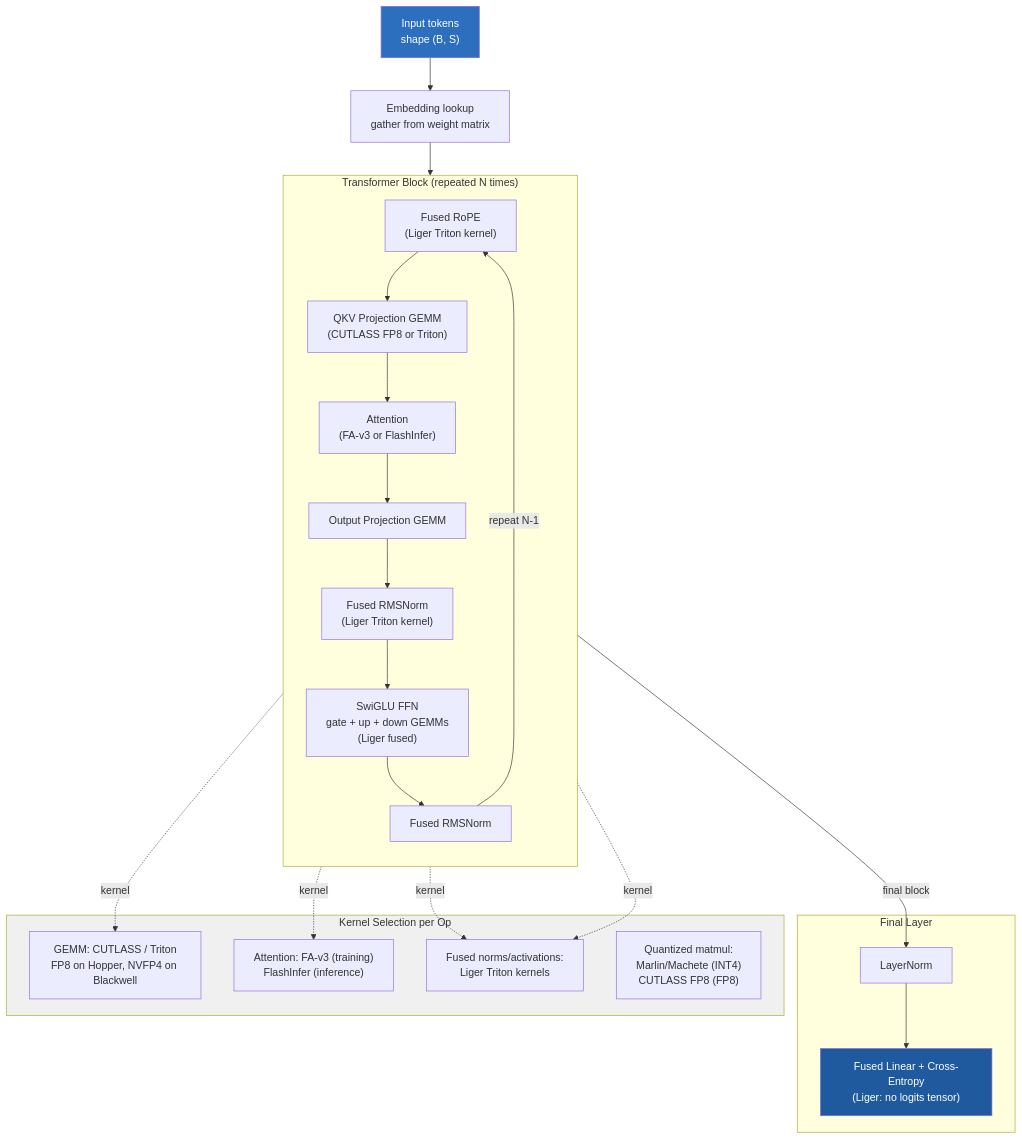
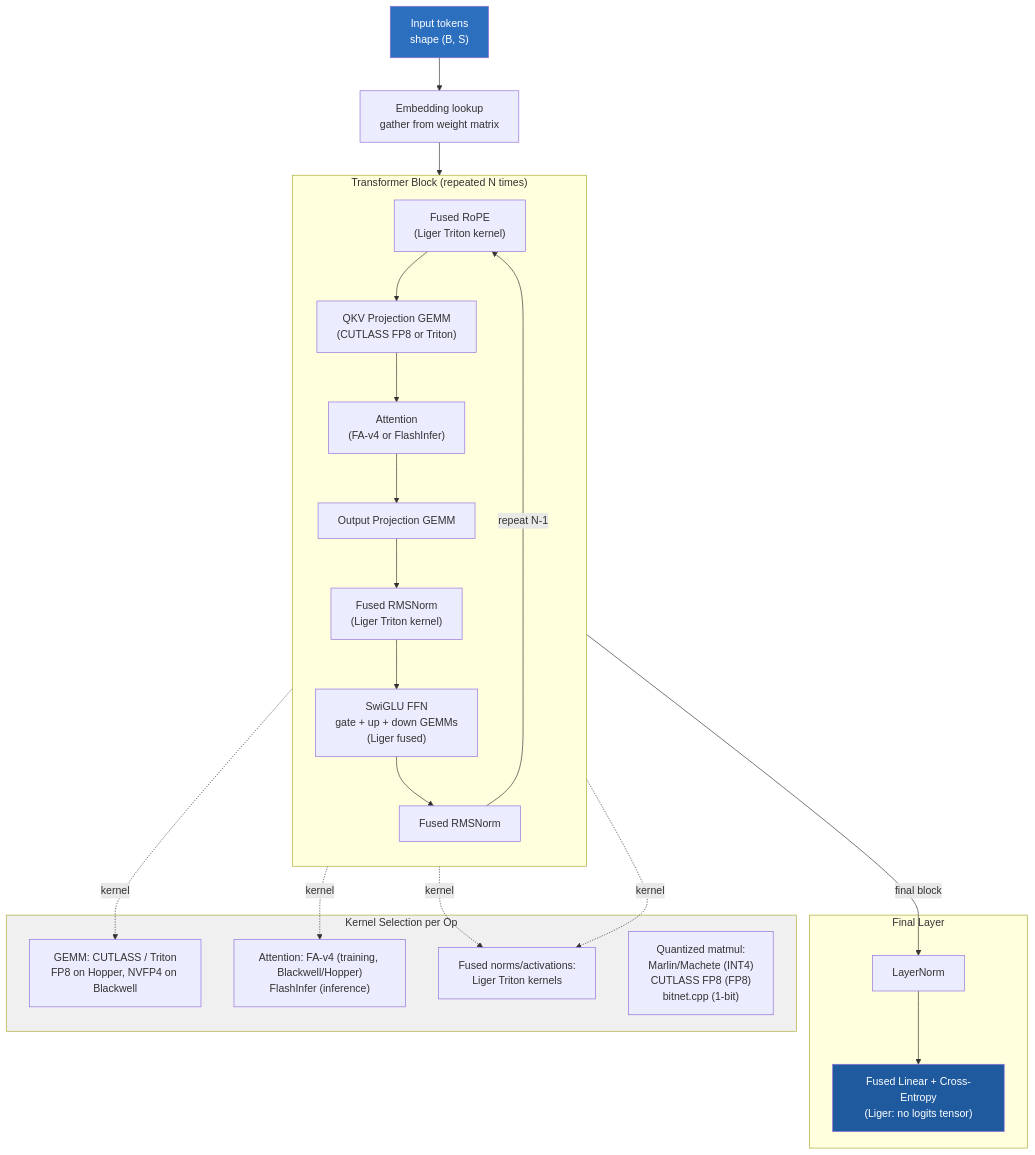
One commit to Wty2003328/ai_infra_intro changed the eighth of 8 diagrams in ai_infra/L5_Kernels_and_Programming/Cutting_Edge_Kernels.md. Above: the diagram before and after it, drawn with Mermaid. The commit also changed other lines of this file and 62 other files, not shown here.

````diff
--- a/ai_infra/L5_Kernels_and_Programming/Cutting_Edge_Kernels.md
+++ b/ai_infra/L5_Kernels_and_Programming/Cutting_Edge_Kernels.md
@@ -715,41 +1013,41 @@
 ```mermaid
 flowchart TD
     INPUT["Input tokens<br/>shape (B, S)"]
     EMBD["Embedding lookup<br/>gather from weight matrix"]
 
     subgraph TRANSFORMER_BLOCK["Transformer Block (repeated N times)"]
         direction TB
         ROPE["Fused RoPE<br/>(Liger Triton kernel)"]
         QKV["QKV Projection GEMM<br/>(CUTLASS FP8 or Triton)"]
-        ATTN["Attention<br/>(FA-v3 or FlashInfer)"]
+        ATTN["Attention<br/>(FA-v4 or FlashInfer)"]
         PROJ["Output Projection GEMM"]
         RMS1["Fused RMSNorm<br/>(Liger Triton kernel)"]
         FFN_GLU["SwiGLU FFN<br/>gate + up + down GEMMs<br/>(Liger fused)"]
         RMS2["Fused RMSNorm"]
     end
 
     subgraph FINAL["Final Layer"]
         LNORM["LayerNorm"]
         LCE["Fused Linear + Cross-Entropy<br/>(Liger: no logits tensor)"]
     end
 
     INPUT --> EMBD --> ROPE --> QKV --> ATTN --> PROJ --> RMS1 --> FFN_GLU --> RMS2
     RMS2 -->|repeat N-1| ROPE
     RMS2 -->|final block| LNORM --> LCE
 
     subgraph KERNEL_MAPPING["Kernel Selection per Op"]
         GEMM_SEL["GEMM: CUTLASS / Triton<br/>FP8 on Hopper, NVFP4 on Blackwell"]
-        ATTN_SEL["Attention: FA-v3 (training)<br/>FlashInfer (inference)"]
+        ATTN_SEL["Attention: FA-v4 (training, Blackwell/Hopper)<br/>FlashInfer (inference)"]
         FUSE_SEL["Fused norms/activations:<br/>Liger Triton kernels"]
-        QUANT_SEL["Quantized matmul:<br/>Marlin/Machete (INT4)<br/>CUTLASS FP8 (FP8)"]
+        QUANT_SEL["Quantized matmul:<br/>Marlin/Machete (INT4)<br/>CUTLASS FP8 (FP8)<br/>bitnet.cpp (1-bit)"]
     end
 
     QKV -. kernel .-> GEMM_SEL
     ATTN -. kernel .-> ATTN_SEL
     ROPE -. kernel .-> FUSE_SEL
     FFN_GLU -. kernel .-> FUSE_SEL
 
     style INPUT fill:#2d6fbf,color:#fff
     style LCE fill:#1f5a9e,color:#fff
     style KERNEL_MAPPING fill:#f0f0f0,color:#333
 ```
````
